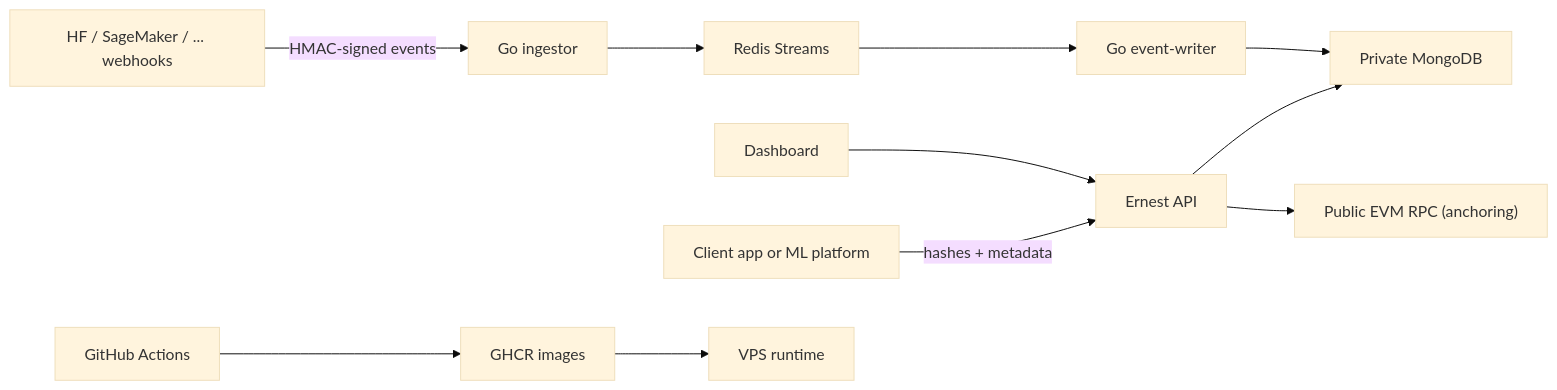
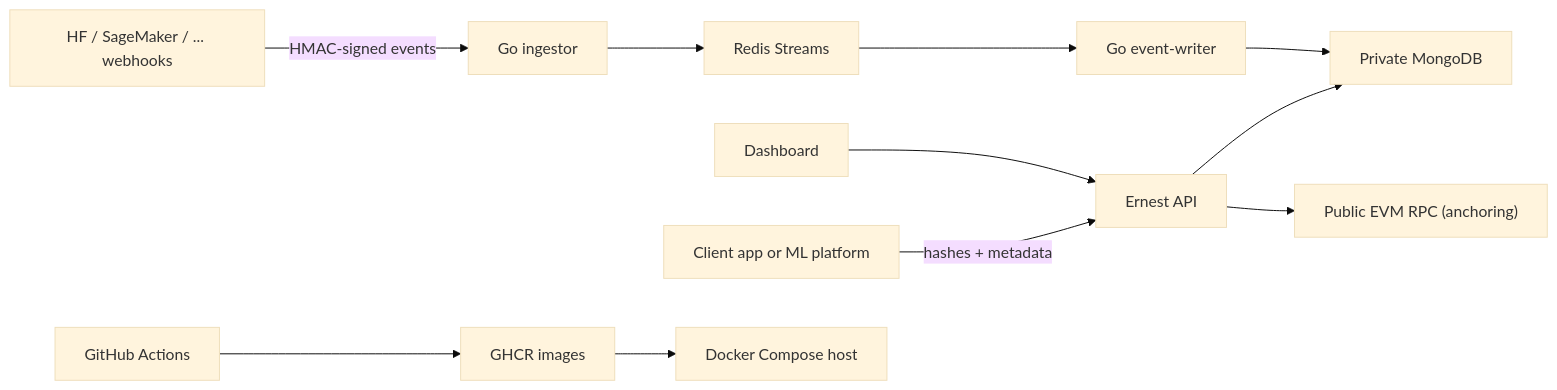
Before and after one commit to ccastromar/ai-blockchain-provenance: the diagram in docs/threat-model.md, drawn with Mermaid (base theme). The commit also changed other lines of this file and 19 other files, not shown here.

````diff
--- a/docs/threat-model.md
+++ b/docs/threat-model.md
@@ -32,11 +32,11 @@
 ```mermaid
 flowchart LR
   Client["Client app or ML platform"] -->|hashes + metadata| API["Ernest API"]
   Providers["HF / SageMaker / ... webhooks"] -->|HMAC-signed events| Ingestor["Go ingestor"]
   Ingestor --> Redis["Redis Streams"] --> Writer["Go event-writer"]
   Browser["Dashboard"] --> API
   API --> Mongo["Private MongoDB"]
   Writer --> Mongo
   API --> Chain["Public EVM RPC (anchoring)"]
-  GitHub["GitHub Actions"] --> GHCR["GHCR images"] --> VPS["VPS runtime"]
+  GitHub["GitHub Actions"] --> GHCR["GHCR images"] --> Host["Docker Compose host"]
 ```
````
